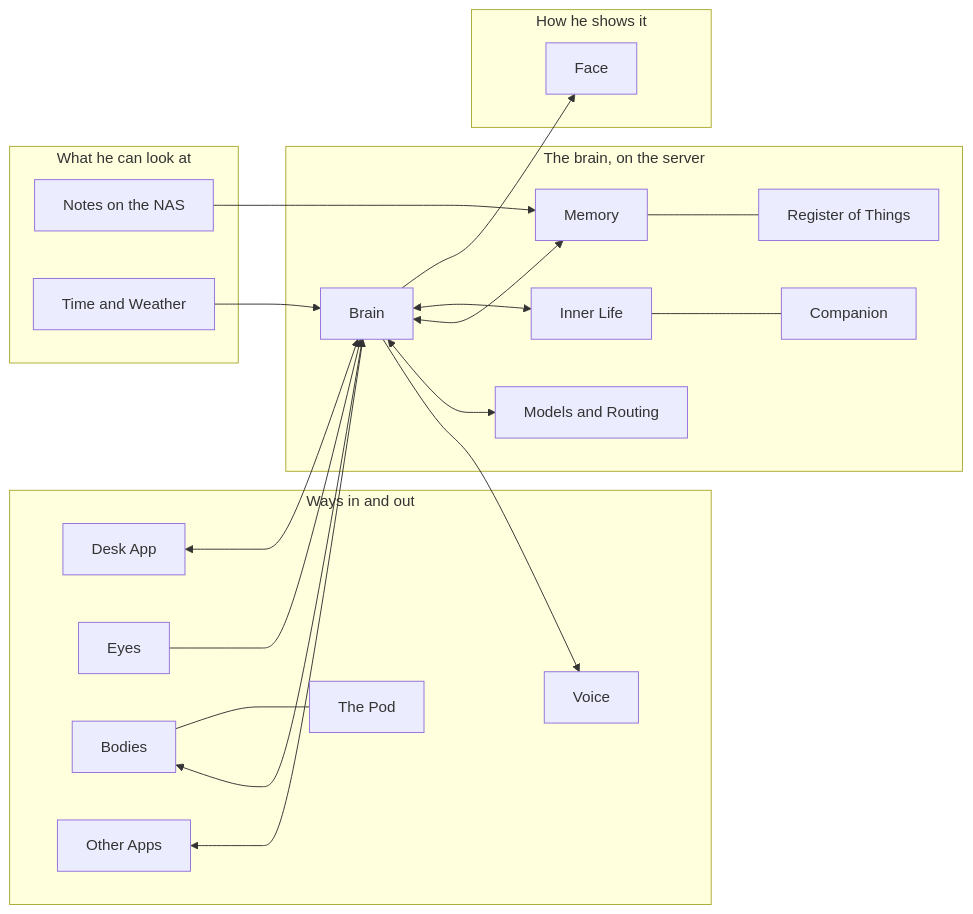
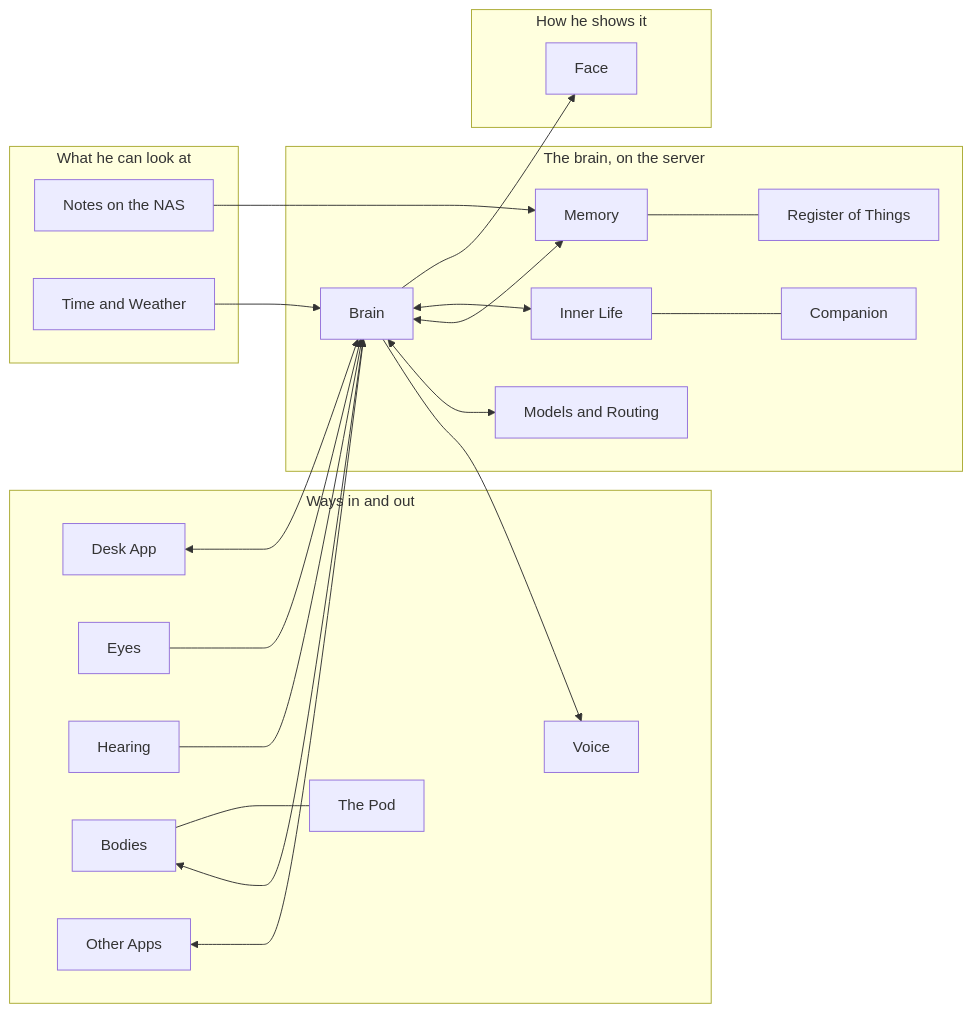
Before and after one commit to Senitage/Kit: the diagram in docs/Home.md, drawn with Mermaid. The commit also changed other lines of this file and 41 other files, not shown here.

````diff
--- a/docs/Home.md
+++ b/docs/Home.md
@@ -40,41 +41,43 @@
 ```mermaid
 flowchart LR
     subgraph Ways["Ways in and out"]
         DeskApp["Desk App"]
         Eyes["Eyes"]
+        Hearing["Hearing"]
         Voice["Voice"]
         Bodies["Bodies"]
         Pod["The Pod"]
         OtherApps["Other Apps"]
     end
     subgraph Mind["The brain, on the server"]
         Brain["Brain"]
         Routing["Models and Routing"]
         Memory["Memory"]
         Things["Register of Things"]
         Life["Inner Life"]
         Companion["Companion"]
     end
     subgraph Show["How he shows it"]
         Face["Face"]
     end
     subgraph World["What he can look at"]
         Notes["Notes on the NAS"]
         Weather["Time and Weather"]
     end
     DeskApp <--> Brain
     Eyes --> Brain
+    Hearing --> Brain
     Brain --> Voice
     OtherApps <--> Brain
     Bodies <--> Brain
     Bodies --- Pod
     Brain <--> Routing
     Brain <--> Memory
     Memory --- Things
     Brain <--> Life
     Life --- Companion
     Brain --> Face
     Notes --> Memory
     Weather --> Brain
-    class DeskApp,Eyes,Voice,Bodies,Pod,OtherApps,Brain,Routing,Memory,Things,Life,Companion,Face,Notes,Weather internal-link
+    class DeskApp,Eyes,Hearing,Voice,Bodies,Pod,OtherApps,Brain,Routing,Memory,Things,Life,Companion,Face,Notes,Weather internal-link
 ```
````
